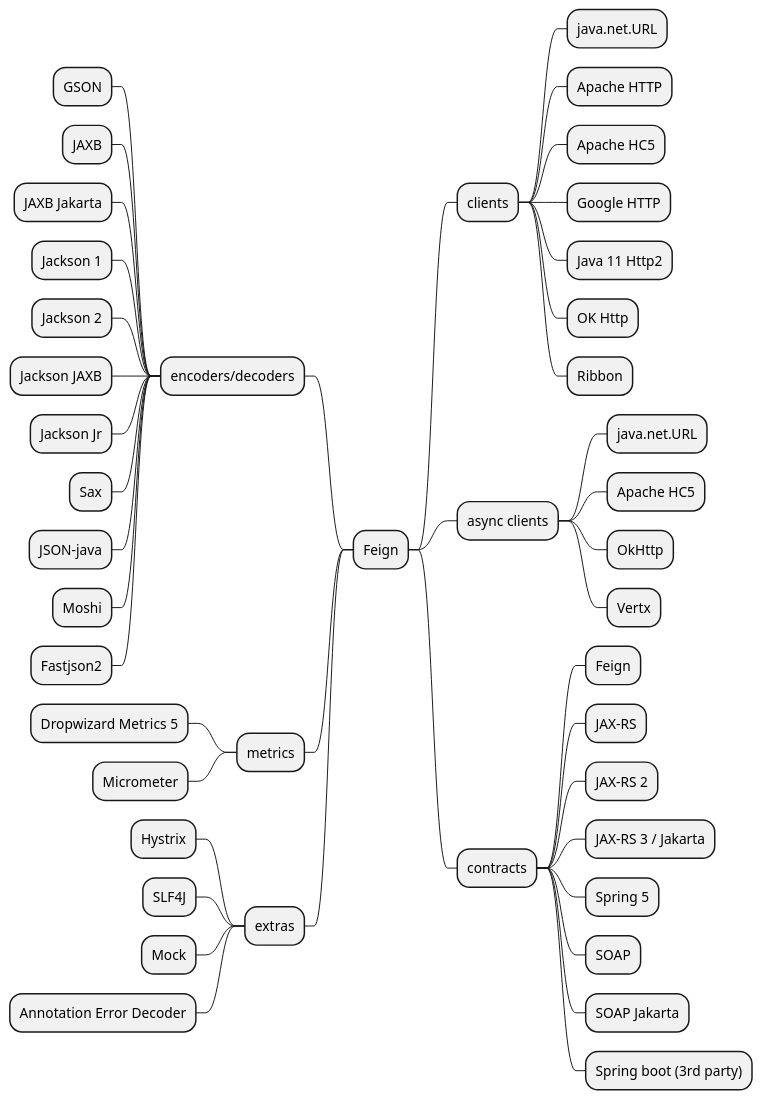
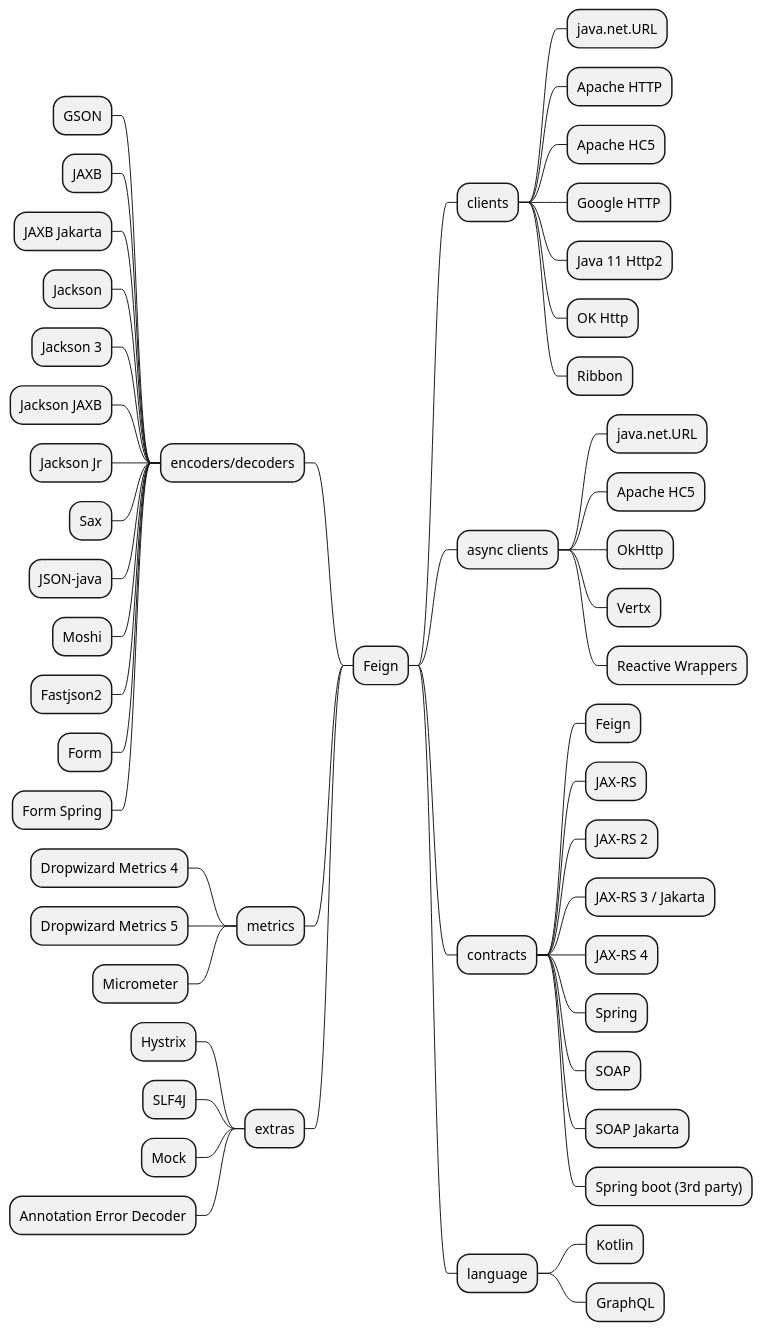
Before and after one commit to OpenFeign/feign: the diagram in src/docs/overview-mindmap.iuml, drawn with PlantUML. The commit also changed 28 other files, not shown here.

First line of the commit message:
Add feign-graphql and feign-graphql-apt modules (#3212)

```diff
--- a/src/docs/overview-mindmap.iuml
+++ b/src/docs/overview-mindmap.iuml
@@ -1,48 +1,56 @@
 @startmindmap
 * Feign
 ** clients
 *** java.net.URL
 *** Apache HTTP
 *** Apache HC5
 *** Google HTTP
 *** Java 11 Http2
 *** OK Http
 *** Ribbon
 ** async clients
 *** java.net.URL
 *** Apache HC5
 *** OkHttp
 *** Vertx
+*** Reactive Wrappers
 ** contracts
 *** Feign
 *** JAX-RS
 *** JAX-RS 2
 *** JAX-RS 3 / Jakarta
-*** Spring 5
+*** JAX-RS 4
+*** Spring
 *** SOAP
 *** SOAP Jakarta
 *** Spring boot (3rd party)
+** language
+*** Kotlin
+*** GraphQL
 
 left side
 
 ** encoders/decoders
 *** GSON
 *** JAXB
 *** JAXB Jakarta
-*** Jackson 1
-*** Jackson 2
+*** Jackson
+*** Jackson 3
 *** Jackson JAXB
 *** Jackson Jr
 *** Sax
 *** JSON-java
 *** Moshi
 *** Fastjson2
+*** Form
+*** Form Spring
 ** metrics
+*** Dropwizard Metrics 4
 *** Dropwizard Metrics 5
 *** Micrometer
 ** extras
 *** Hystrix
 *** SLF4J
 *** Mock
 *** Annotation Error Decoder
 @endmindmap
```
